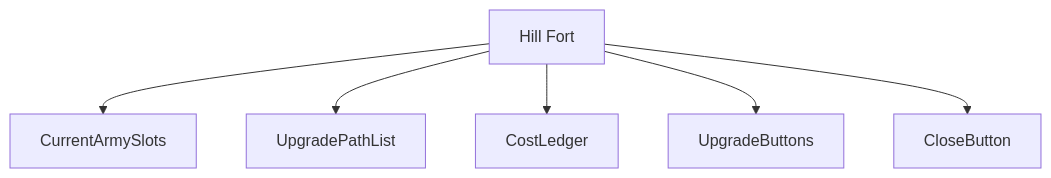
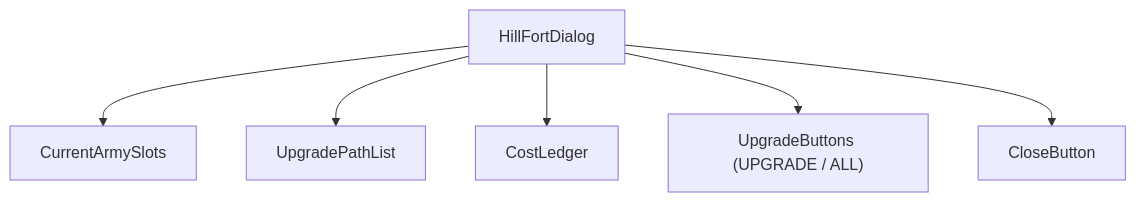
Before and after one commit to SunaNoOshiro/Heroes_Reforged_AI_Realms: the first of 5 diagrams in docs/architecture/wiki/screens/13-hill-fort/architecture.md, drawn with Mermaid. The commit also changed other lines of this file and 518 other files, not shown here.

First line of the commit message:
Add doc-audit skill and sweep architecture/screen docs

````diff
--- a/docs/architecture/wiki/screens/13-hill-fort/architecture.md
+++ b/docs/architecture/wiki/screens/13-hill-fort/architecture.md
@@ -16,14 +29,9 @@
 ```mermaid
 flowchart TD
-  Root["Hill Fort"]
-  C0["CurrentArmySlots"]
-  Root --> C0
-  C1["UpgradePathList"]
-  Root --> C1
-  C2["CostLedger"]
-  Root --> C2
-  C3["UpgradeButtons"]
-  Root --> C3
-  C4["CloseButton"]
-  Root --> C4
+  Root["HillFortDialog"]
+  Root --> C0["CurrentArmySlots"]
+  Root --> C1["UpgradePathList"]
+  Root --> C2["CostLedger"]
+  Root --> C3["UpgradeButtons (UPGRADE / ALL)"]
+  Root --> C4["CloseButton"]
 ```
````
